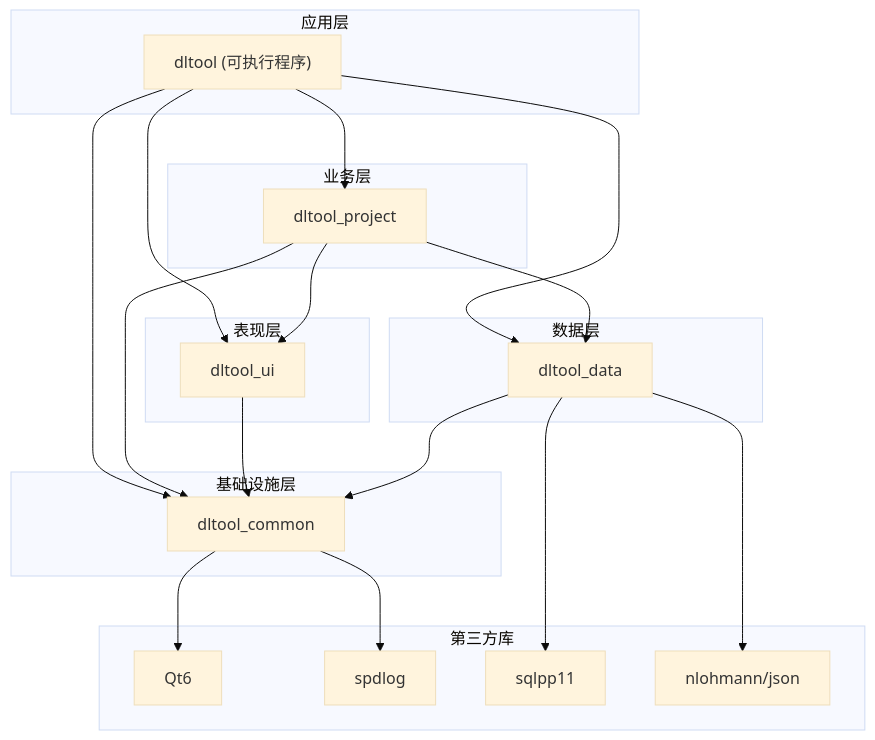
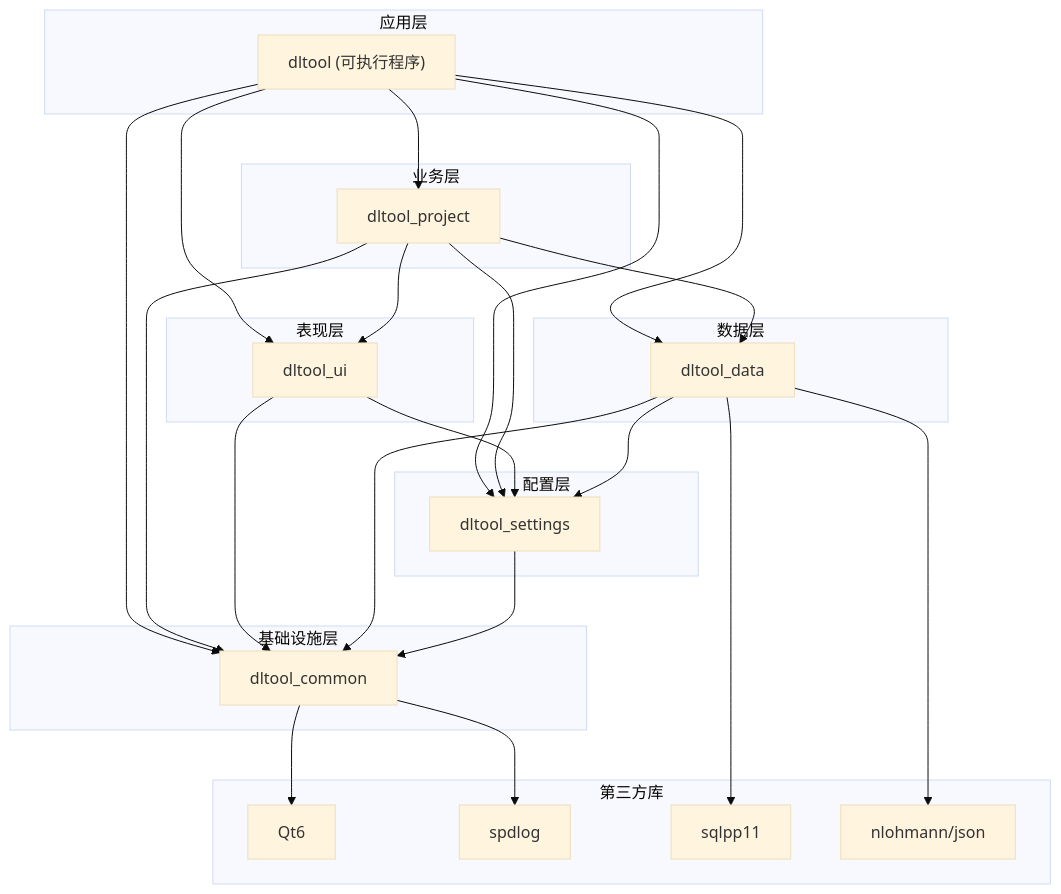
Before and after one commit to QWERDF007/DeepLearningTool: the first of 3 diagrams in docs/CODE_STRUCTURE.md, drawn with Mermaid (base theme). The commit also changed other lines of this file and 3 other files, not shown here.

````diff
--- a/docs/CODE_STRUCTURE.md
+++ b/docs/CODE_STRUCTURE.md
@@ -53,46 +54,57 @@
 ```mermaid
 flowchart TB
     subgraph Application["应用层"]
         exe["dltool (可执行程序)"]
     end
     
     subgraph Business["业务层"]
         project["dltool_project"]
     end
     
     subgraph Presentation["表现层"]
         ui["dltool_ui"]
     end
     
     subgraph Data["数据层"]
         data["dltool_data"]
     end
     
+    subgraph Configuration["配置层"]
+        settings["dltool_settings"]
+    end
+    
     subgraph Infrastructure["基础设施层"]
         common["dltool_common"]
     end
     
     subgraph ThirdParty["第三方库"]
         qt6["Qt6"]
         spdlog["spdlog"]
         sqlpp11["sqlpp11"]
         nlohmann["nlohmann/json"]
     end
     
     exe --> project
     exe --> ui
     exe --> data
+    exe --> settings
     exe --> common
     
     project --> ui
     project --> data
+    project --> settings
     project --> common
     
+    ui --> settings
     ui --> common
+    
+    data --> settings
     data --> common
+    
+    settings --> common
     
     common --> qt6
     common --> spdlog
     data --> sqlpp11
     data --> nlohmann
 ```
````
